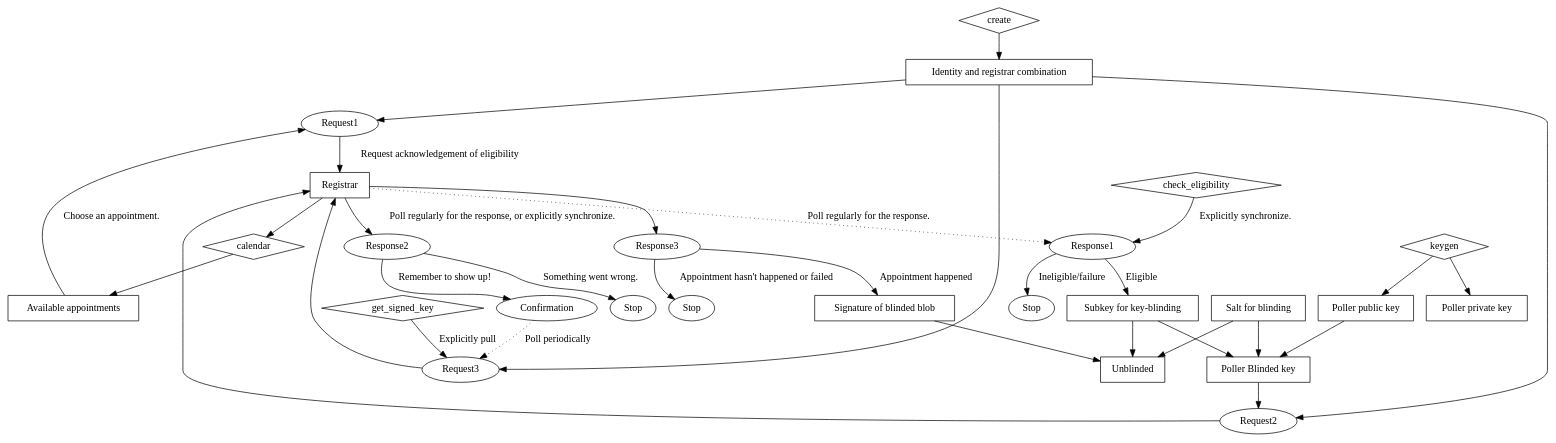
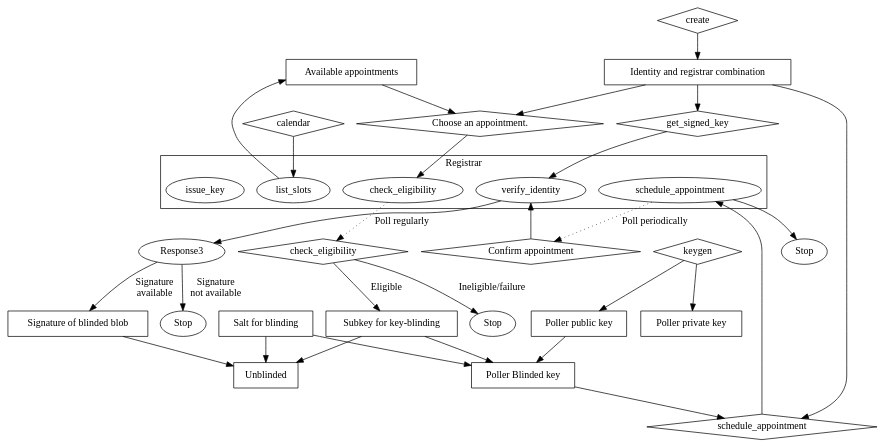
One commit to securepollingsystem/securepolling changed the diagram in doc/securepolling.dot. Above: the diagram before and after it, drawn with Graphviz.

```diff
--- a/doc/securepolling.dot
+++ b/doc/securepolling.dot
@@ -1,64 +1,72 @@
 // Registrar process
 digraph {
+  subgraph cluster_Registrar {
+    label="Registrar"
+    r_list_slots [label="list_slots"]
+    r_schedule_appointment [label="schedule_appointment"]
+    r_verify_identity [label="verify_identity"]
+    r_check_eligibility [label="check_eligibility"]
+    r_issue_key [label="issue_key"]
+  //r_verify_identity -> r_issue_key [style="dotted"]
+  }
+
   // Step 1
   create [shape="diamond"]
   Identity [label="Identity and registrar combination" shape="box"]
 
   create -> Identity
 
   keygen [shape="diamond"]
   Public [label="Poller public key" shape="box"]
   Private [label="Poller private key" shape="box"]
 
   keygen -> Public
   keygen -> Private
 
   calendar [shape="diamond"]
   Appointments [label="Available appointments" shape="box"]
-  Registrar -> calendar -> Appointments
+  calendar -> r_list_slots -> Appointments
 
-  Appointments -> Request1 [label="Choose an appointment."]
+  Appointments -> Request1
   Identity -> Request1
-  Request1 -> Registrar [label="Request acknowledgement of eligibility"]
+  Request1 [label="Choose an appointment." shape="diamond"]
+  Request1 -> r_check_eligibility // [label="Request acknowledgement of eligibility"]
 
   CheckEligibility [label="check_eligibility" shape="diamond"]
-  Registrar -> Response1 [label="Poll regularly for the response." style="dotted"]
-  CheckEligibility -> Response1 [label="Explicitly synchronize."]
-  Response1 -> Subkey [label="Eligible"]
-  Response1 -> Fail1 [label="Ineligible/failure"]
+  r_check_eligibility -> CheckEligibility [label="Poll regularly" style="dotted"]
+  CheckEligibility -> Subkey [label="Eligible"]
+  CheckEligibility -> Fail1 [label="Ineligible/failure"]
   Fail1 [label="Stop"]
 
   Subkey [label="Subkey for key-blinding" shape="box"]
   Salt [label="Salt for blinding" shape="box"]
 
   Blinded [label="Poller Blinded key" shape="box"]
   Subkey -> Blinded
   Salt -> Blinded
   Public -> Blinded
 
-  Identity -> Request2
-  Blinded  -> Request2 -> Registrar
-  Registrar -> Response2 [label="Poll regularly for the response, or explicitly synchronize."]
-  Response2 -> Confirmation [label="Remember to show up!"]
-  Response2 -> Fail2 [label="Something went wrong."]
+  schedule_appointment [shape="diamond"]
+  Identity -> schedule_appointment
+  Blinded  -> schedule_appointment -> r_schedule_appointment
+  r_schedule_appointment -> Confirmation [style=dotted label="Poll periodically"]
+  r_schedule_appointment -> Fail2
+  Confirmation [label="Confirm appointment" shape="diamond"]
   Fail2 [label="Stop"]
 
   // Step 2
   Sync [label="get_signed_key" shape=diamond]
   Fail3 [label="Stop"]
-  Identity -> Request3
-  Sync -> Request3 [label="Explicitly pull"]
-  Confirmation -> Request3 [style=dotted label="Poll periodically"]
-  Request3 -> Registrar
-  Registrar -> Response3
-  Response3 -> SignedBlinded [label="Appointment happened"]
-  Response3 -> Fail3 [label="Appointment hasn't happened or failed"]
+  Identity -> Sync -> r_verify_identity
+  r_verify_identity -> Response3
+  Confirmation -> r_verify_identity
+  Response3 -> SignedBlinded [label="Signature\navailable"]
+  Response3 -> Fail3 [label="Signature\nnot available"]
   SignedBlinded [label="Signature of blinded blob" shape="box"]
 
   Salt -> Unblinded
   Subkey -> Unblinded
   SignedBlinded -> Unblinded
 
-  Registrar [shape="box"]
   Unblinded [shape="box"]
 }
```
